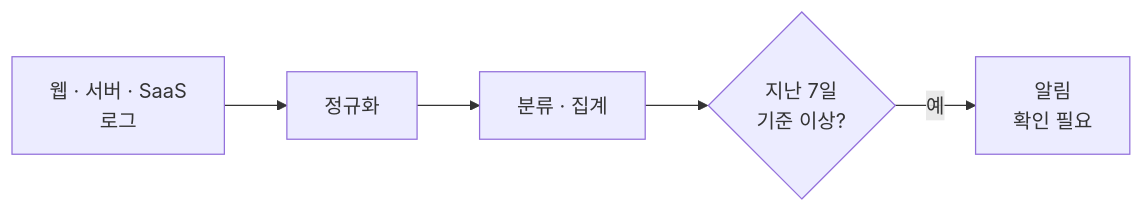
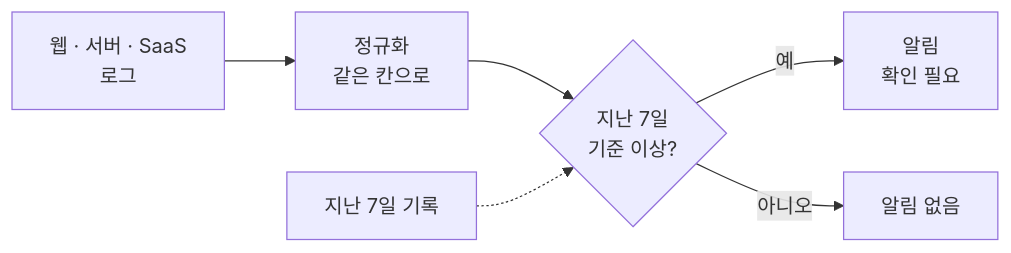
The fourth of 4 diagrams in Readme.md (mdkk0220/security-agent-toolkit), drawn with Mermaid before and after one commit. The commit also changed other lines of this file and 3 other files, not shown here.

````diff
--- a/Readme.md
+++ b/Readme.md
@@ -60,7 +74,8 @@
 ```mermaid
 flowchart LR
-    A["웹 · 서버 · SaaS<br/>로그"] --> B["정규화"]
-    B --> C["분류 · 집계"]
-    C --> D{"지난 7일<br/>기준 이상?"}
-    D -- 예 --> E["알림<br/>확인 필요"]
+    A["웹 · 서버 · SaaS<br/>로그"] --> B["정규화<br/>같은 칸으로"]
+    B --> C{"지난 7일<br/>기준 이상?"}
+    H["지난 7일 기록"] -.-> C
+    C -- 예 --> D["알림<br/>확인 필요"]
+    C -- 아니오 --> E["알림 없음"]
 ```
````
